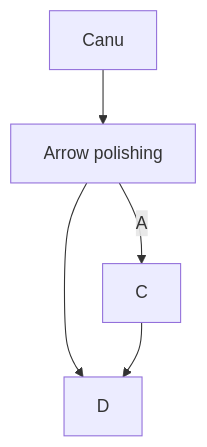
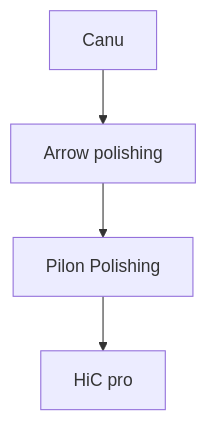
Before and after one commit to Luming-L/NGG: the third of 3 diagrams in presentation.md, drawn with Mermaid. The commit also changed other lines of this file, not shown here.

Commit message:
presentation.md updated from https://stackedit.io/

````diff
--- a/presentation.md
+++ b/presentation.md
@@ -162,8 +162,6 @@
 ```mermaid
 graph TD
-A[Canu]-->B[Arrow polishing]--
-
-A-->C
-B-->D
-C-->D
+A[Canu]-->B[Arrow polishing]
+B[Arrow polishing]-->C[Pilon Polishing]
+C[Pilon Polishing]-->D[HiC pro]
 ```
````
